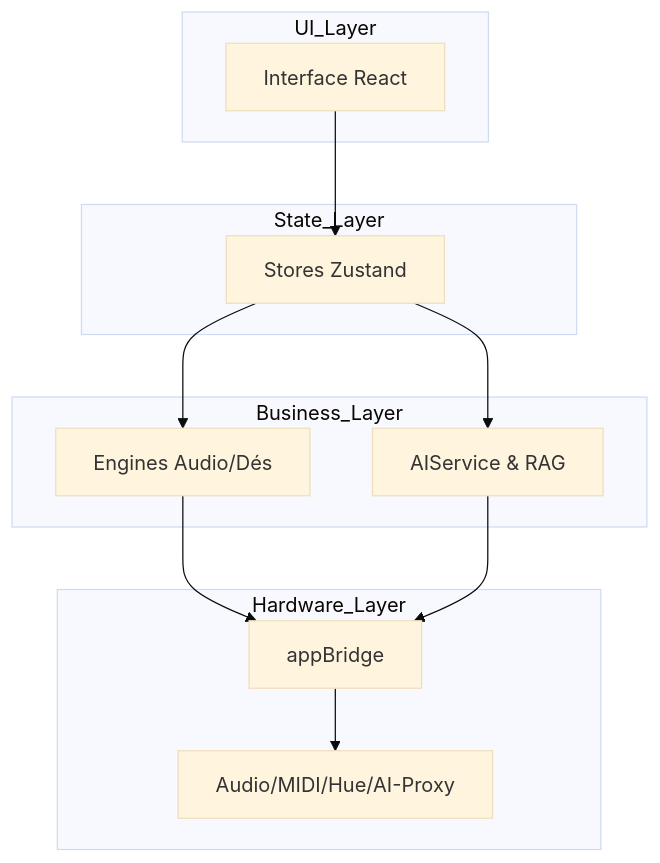
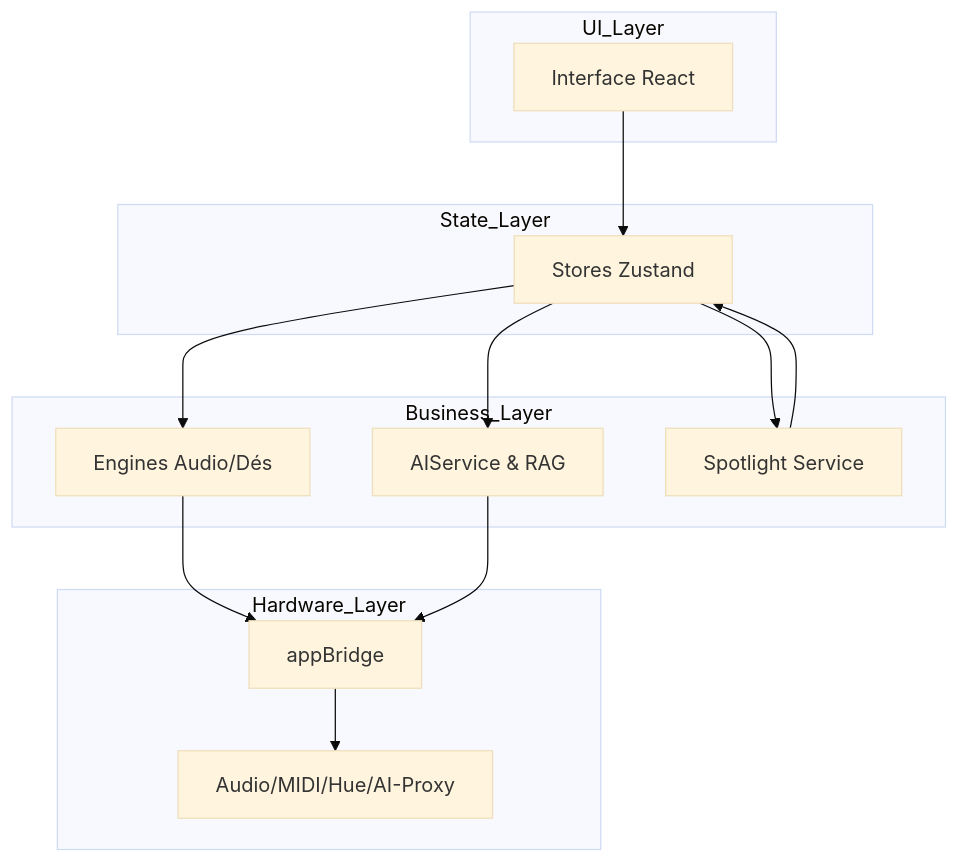
Before and after one commit to davidmot-dev/GM-OS: the first of 5 diagrams in documentation/Architecture/Architecture_Overview.md, drawn with Mermaid (base theme). The commit also changed other lines of this file and 52 other files, not shown here.

````diff
--- a/documentation/Architecture/Architecture_Overview.md
+++ b/documentation/Architecture/Architecture_Overview.md
@@ -16,27 +16,30 @@
 ```mermaid
 graph TD
     subgraph UI_Layer
         UI[Interface React]
     end
     
     subgraph State_Layer
         State[Stores Zustand]
     end
     
     subgraph Business_Layer
         Engines[Engines Audio/Dés]
         AI[AIService & RAG]
+        Search[Spotlight Service]
     end
     
     subgraph Hardware_Layer
         Bridge[appBridge]
         Hardware[Audio/MIDI/Hue/AI-Proxy]
     end
     
     UI --> State
     State --> Engines
     State --> AI
+    State --> Search
     Engines --> Bridge
     AI --> Bridge
+    Search --> State
     Bridge --> Hardware
 ```
````
